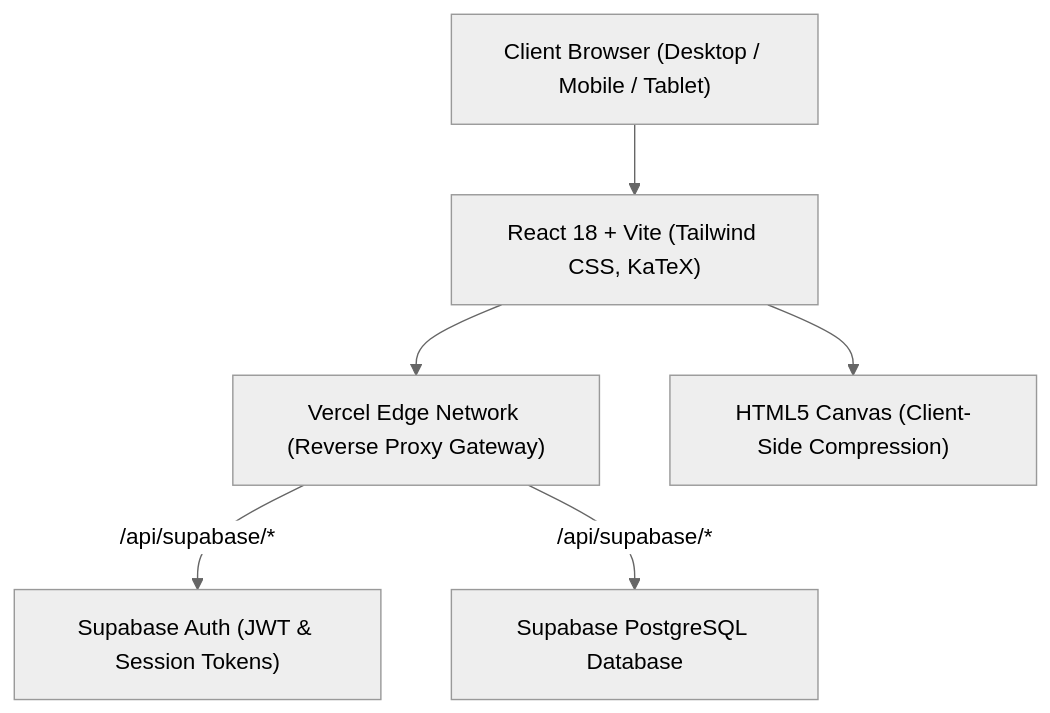
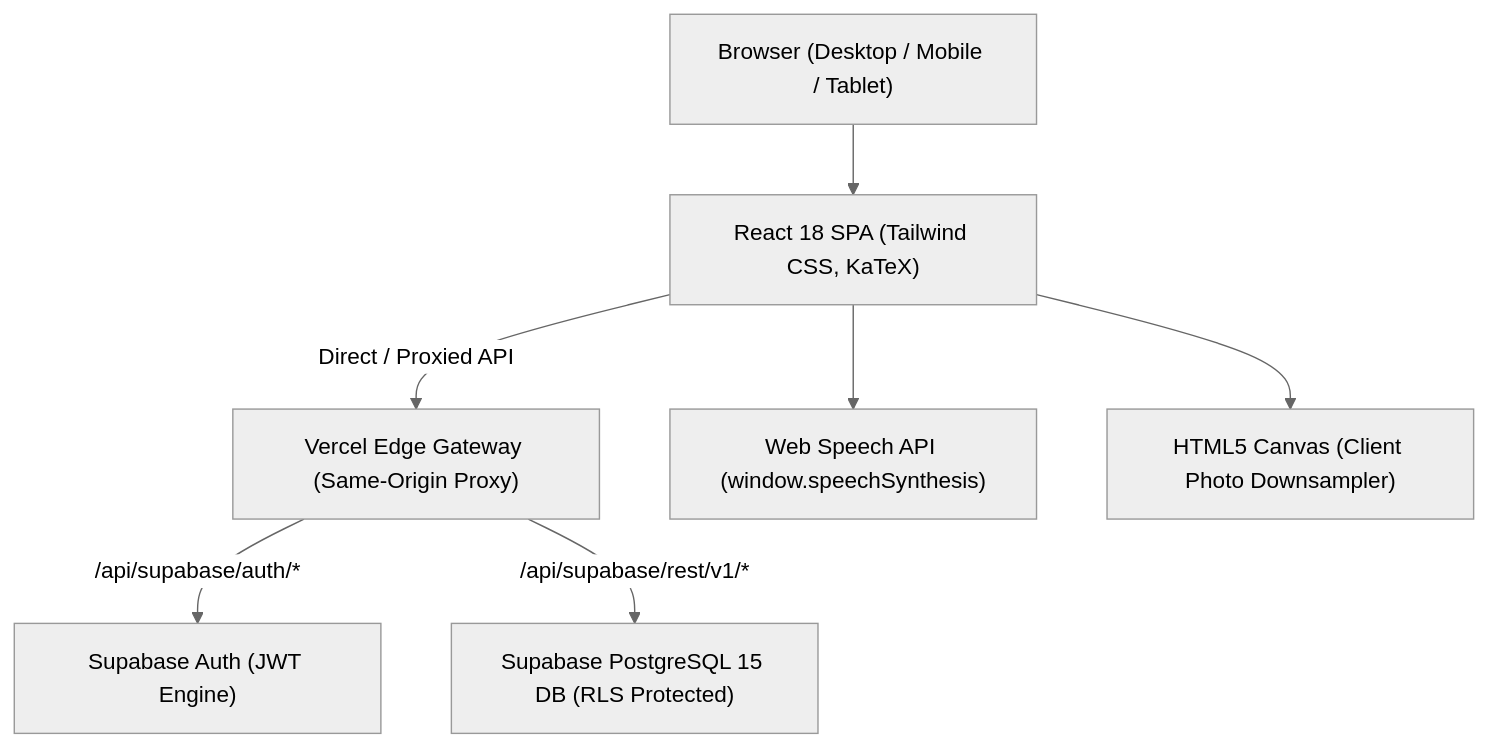
The diagram in PROJECT_DOCUMENTATION.md (KhantKyawLin/synapse_study_kkl), drawn with Mermaid (neutral theme) before and after one commit. The commit also changed other lines of this file, not shown here.

````diff
--- a/PROJECT_DOCUMENTATION.md
+++ b/PROJECT_DOCUMENTATION.md
@@ -24,15 +114,17 @@
 ```mermaid
 graph TD
-    Client["Client Browser (Desktop / Mobile / Tablet)"]
-    VercelEdge["Vercel Edge Network (Reverse Proxy Gateway)"]
-    Frontend["React 18 + Vite (Tailwind CSS, KaTeX)"]
-    SupabaseAuth["Supabase Auth (JWT & Session Tokens)"]
-    SupabaseDB["Supabase PostgreSQL Database"]
-    Storage["HTML5 Canvas (Client-Side Compression)"]
+    Client["Browser (Desktop / Mobile / Tablet)"]
+    VercelEdge["Vercel Edge Gateway (Same-Origin Proxy)"]
+    ReactApp["React 18 SPA (Tailwind CSS, KaTeX)"]
+    SpeechAPI["Web Speech API (window.speechSynthesis)"]
+    CanvasOpt["HTML5 Canvas (Client Photo Downsampler)"]
+    SupabaseAuth["Supabase Auth (JWT Engine)"]
+    SupabaseDB["Supabase PostgreSQL 15 DB (RLS Protected)"]
 
-    Client --> Frontend
-    Frontend --> VercelEdge
-    VercelEdge -->|/api/supabase/*| SupabaseAuth
-    VercelEdge -->|/api/supabase/*| SupabaseDB
-    Frontend --> Storage
+    Client --> ReactApp
+    ReactApp --> SpeechAPI
+    ReactApp --> CanvasOpt
+    ReactApp -->|Direct / Proxied API| VercelEdge
+    VercelEdge -->|/api/supabase/auth/*| SupabaseAuth
+    VercelEdge -->|/api/supabase/rest/v1/*| SupabaseDB
 ```
````
